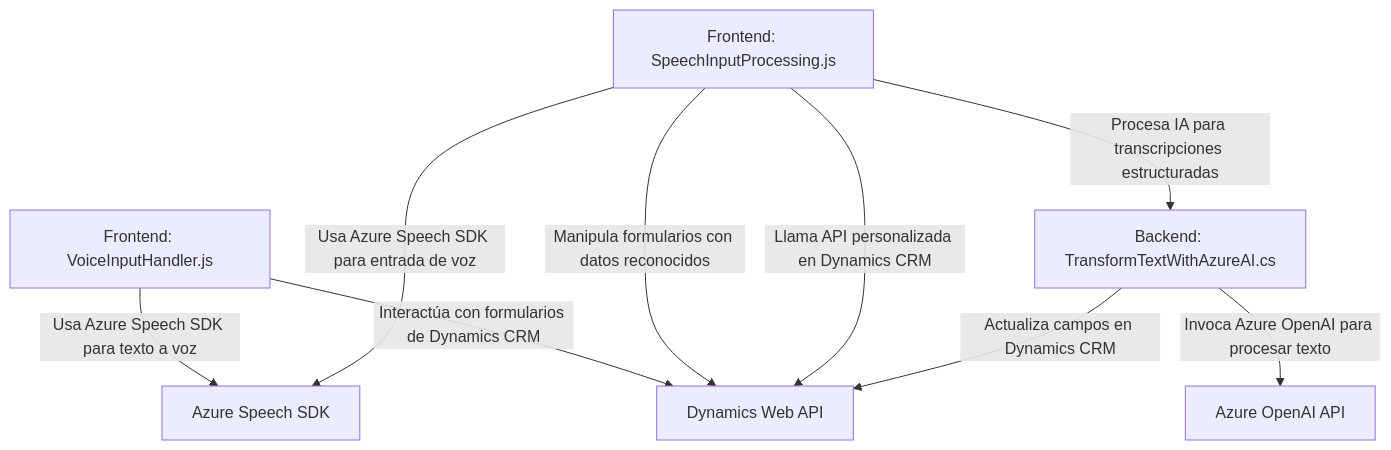
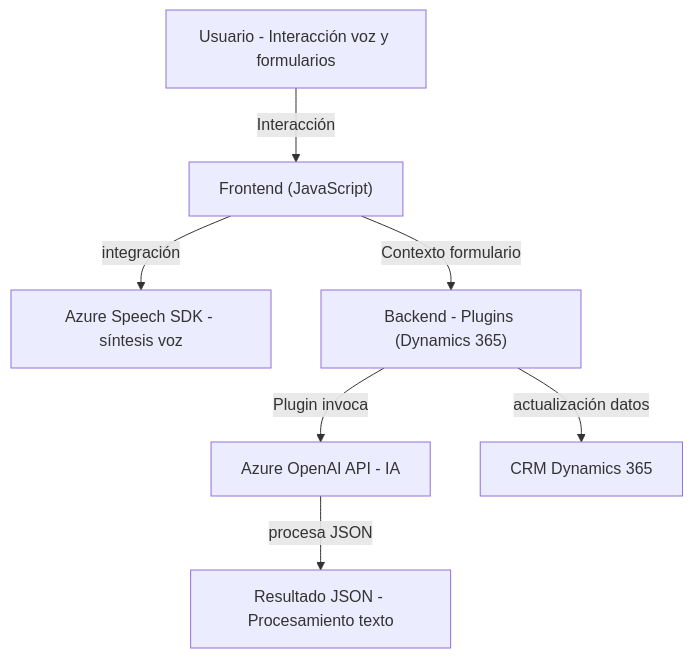
One commit to blopezdm/NETCORE_BILBAO2025 changed the diagram in README.md. Above: the diagram before and after it, drawn with Mermaid. The commit also changed other lines of this file, not shown here.

Commit message:
Actualizar análisis global de la solución con IA

````diff
--- a/README.md
+++ b/README.md
@@ -37,17 +45,9 @@
 ```mermaid
 graph TD
-    A["Frontend: VoiceInputHandler.js"]
-    B["Frontend: SpeechInputProcessing.js"]
-    C["Backend: TransformTextWithAzureAI.cs"]
-    D["Azure Speech SDK"]
-    E["Azure OpenAI API"]
-    F["Dynamics Web API"]
-    A --"Usa Azure Speech SDK para texto a voz"--> D
-    B --"Usa Azure Speech SDK para entrada de voz"--> D
-    A --"Interactúa con formularios de Dynamics CRM"--> F
-    B --"Manipula formularios con datos reconocidos"--> F
-    B --"Llama API personalizada en Dynamics CRM"--> F
-    B --"Procesa IA para transcripciones estructuradas"--> C
-    C --"Invoca Azure OpenAI para procesar texto"--> E
-    C --"Actualiza campos en Dynamics CRM"--> F
+    A["Usuario - Interacción voz y formularios"] -->|Interacción| B["Frontend (JavaScript)"]
+    B -->|integración| C["Azure Speech SDK - síntesis voz"]
+    B -->|Contexto formulario| D["Backend - Plugins (Dynamics 365)"]
+    D -->|Plugin invoca| E["Azure OpenAI API - IA"]
+    E -->|procesa JSON| F["Resultado JSON - Procesamiento texto"]
+    D -->|actualización datos| G["CRM Dynamics 365"]
 ```
````
